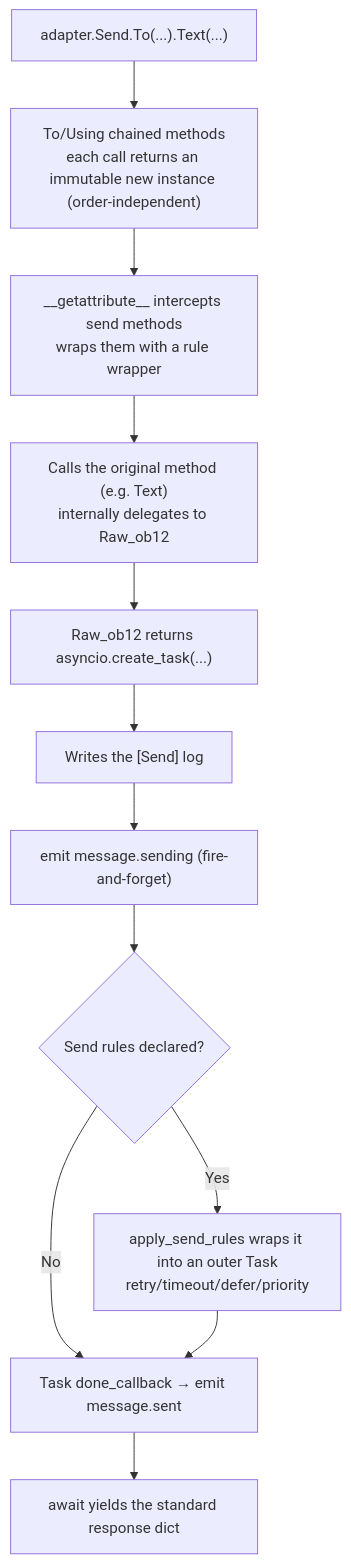
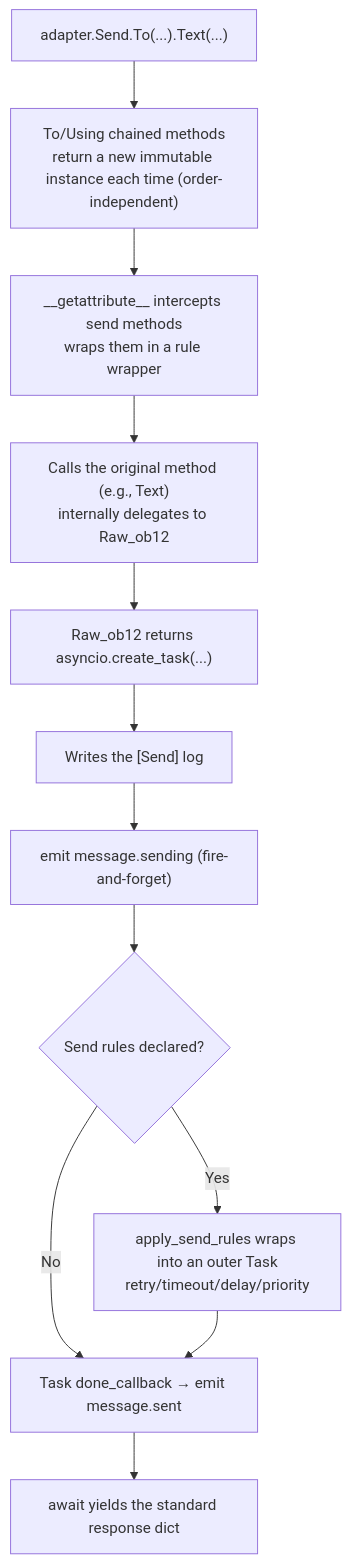
Before and after one commit to ErisPulse/ErisPulse: the second of 2 diagrams in docs/en/developer-guide/adapters/send-dsl.md, drawn with Mermaid. The commit also changed other lines of this file and 331 other files, not shown here.

````diff
--- a/docs/en/developer-guide/adapters/send-dsl.md
+++ b/docs/en/developer-guide/adapters/send-dsl.md
@@ -580,14 +580,14 @@
 ```mermaid
 flowchart TD
-    A["adapter.Send.To(...).Text(...)"] --> B["To/Using chained methods<br/>each call returns an immutable new instance (order-independent)"]
-    B --> C["__getattribute__ intercepts send methods<br/>wraps them with a rule wrapper"]
-    C --> D["Calls the original method (e.g. Text)<br/>internally delegates to Raw_ob12"]
+    A["adapter.Send.To(...).Text(...)"] --> B["To/Using chained methods<br/>return a new immutable instance each time (order-independent)"]
+    B --> C["__getattribute__ intercepts send methods<br/>wraps them in a rule wrapper"]
+    C --> D["Calls the original method (e.g., Text)<br/>internally delegates to Raw_ob12"]
     D --> E["Raw_ob12 returns asyncio.create_task(...)"]
     E --> F["Writes the [Send] log"]
     F --> G["emit message.sending (fire-and-forget)"]
     G --> H{"Send rules declared?"}
     H -->|"No"| I["Task done_callback → emit message.sent"]
-    H -->|"Yes"| J["apply_send_rules wraps it into an outer Task<br/>retry/timeout/defer/priority"]
+    H -->|"Yes"| J["apply_send_rules wraps into an outer Task<br/>retry/timeout/delay/priority"]
     J --> I
     I --> K["await yields the standard response dict"]
 ```
````
